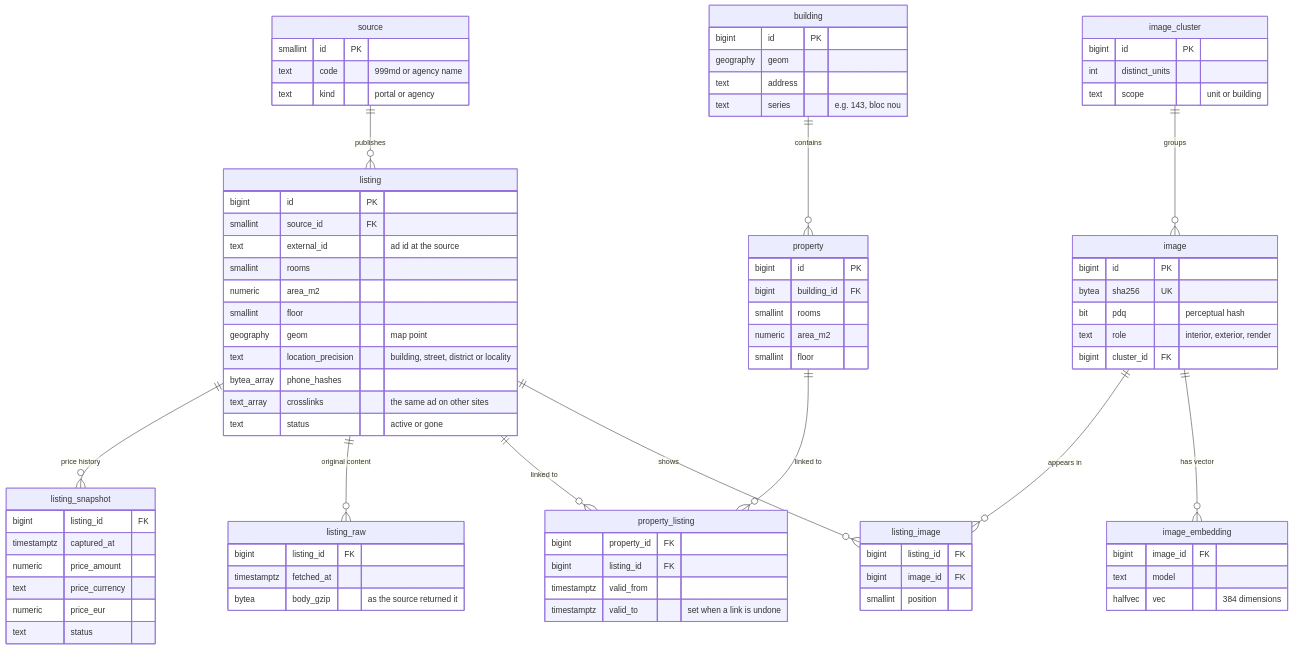
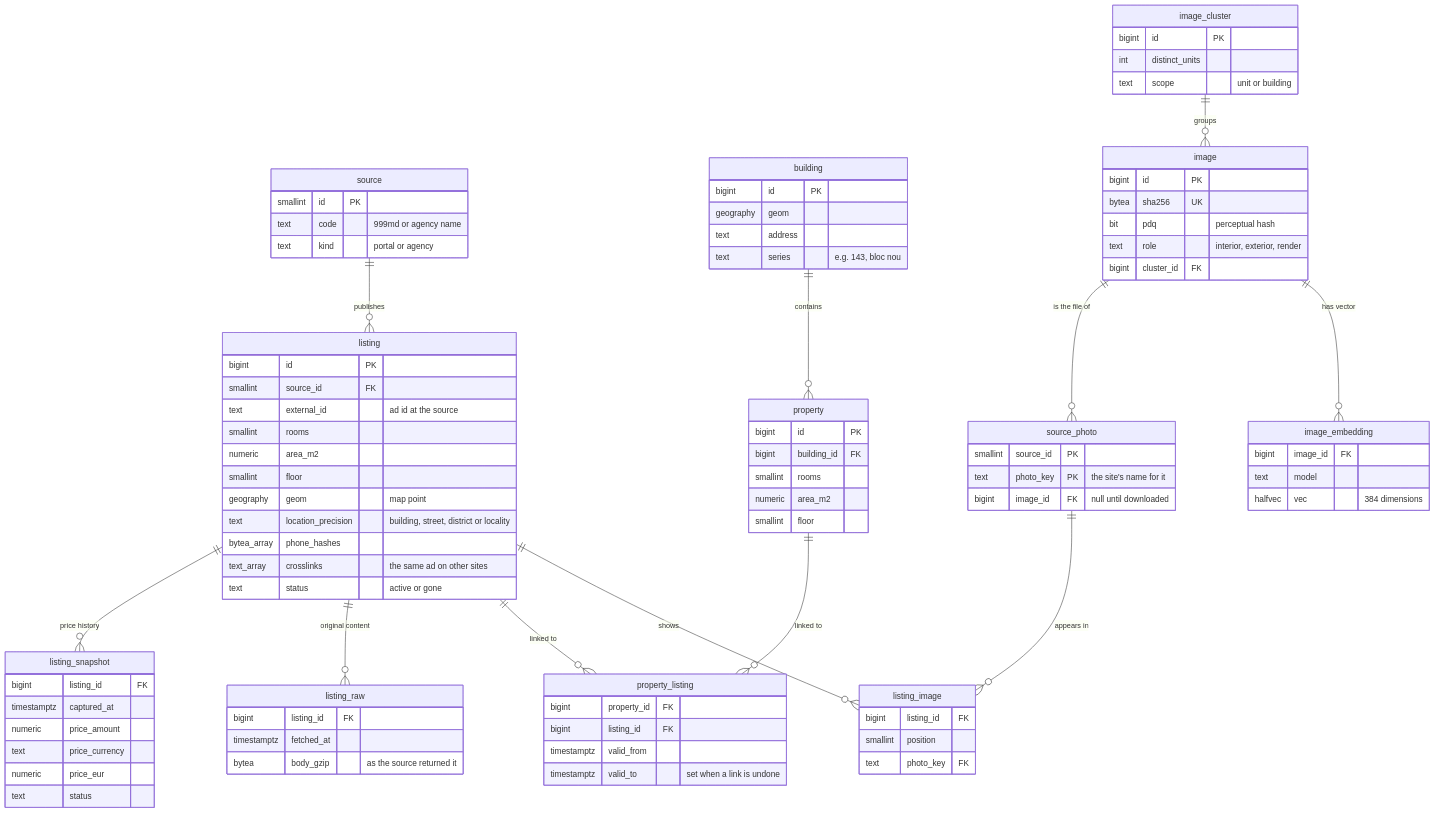
The diagram in database/README.md (mcittkmims/apartment-lens), drawn with Mermaid before and after one commit. The commit also changed other lines of this file and 3 other files, not shown here.

```diff
--- a/database/README.md
+++ b/database/README.md
@@ -13,7 +13,8 @@
     property ||--o{ property_listing : "linked to"
     listing ||--o{ property_listing : "linked to"
     listing ||--o{ listing_image : shows
-    image ||--o{ listing_image : "appears in"
+    source_photo ||--o{ listing_image : "appears in"
+    image ||--o{ source_photo : "is the file of"
     image ||--o{ image_embedding : "has vector"
     image_cluster ||--o{ image : groups
 
@@ -74,10 +75,15 @@
         text role "interior, exterior, render"
         bigint cluster_id FK
     }
+    source_photo {
+        smallint source_id PK
+        text photo_key PK "the site's name for it"
+        bigint image_id FK "null until downloaded"
+    }
     listing_image {
         bigint listing_id FK
-        bigint image_id FK
         smallint position
+        text photo_key FK
     }
     image_embedding {
         bigint image_id FK
```
